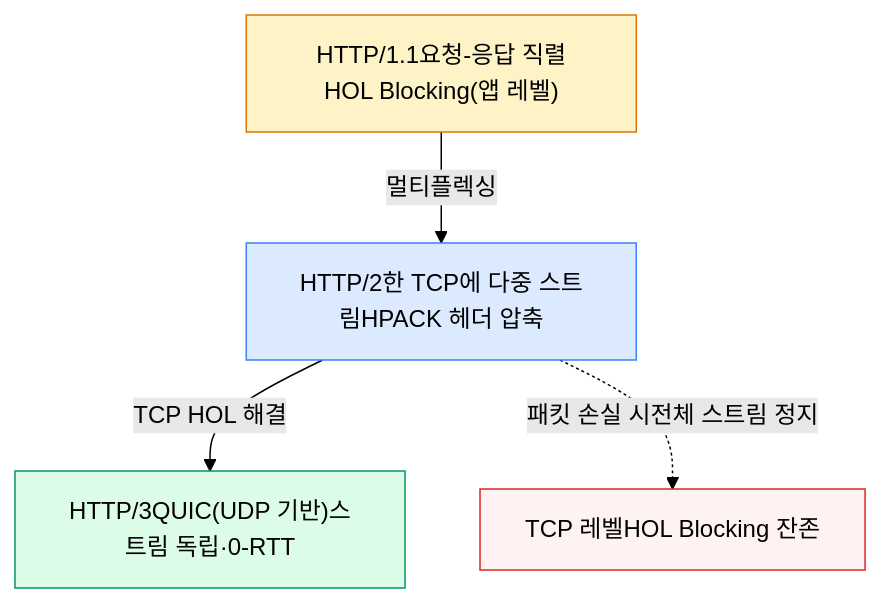
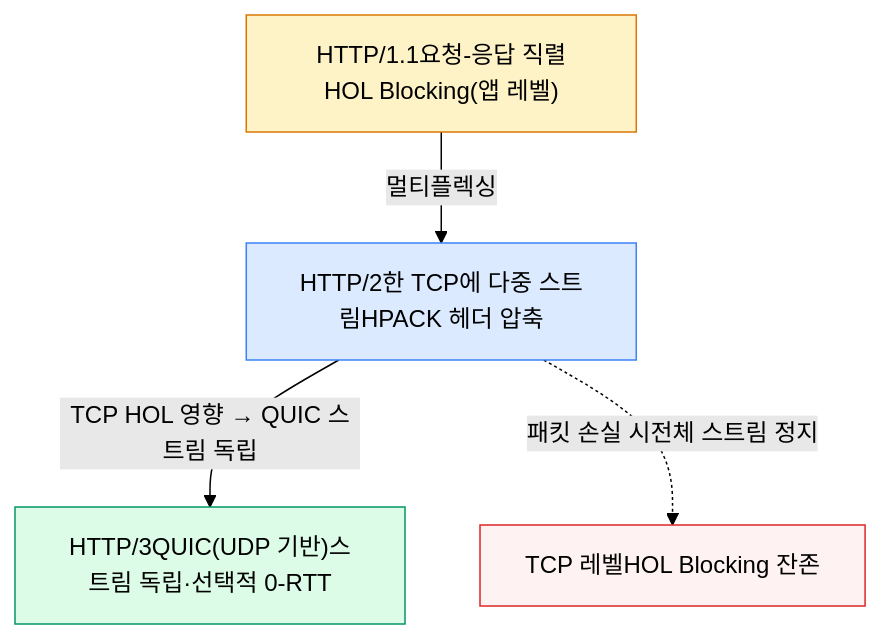
The second of 5 diagrams in apps/api/src/main/resources/content/cs-03-network.md (hyeongseoblim/systemdesign), drawn with Mermaid (forest theme) before and after one commit. The commit also changed other lines of this file and 96 other files, not shown here.

````diff
--- a/apps/api/src/main/resources/content/cs-03-network.md
+++ b/apps/api/src/main/resources/content/cs-03-network.md
@@ -88,11 +88,11 @@
 ```mermaid
 flowchart TB
     H1["HTTP/1.1요청-응답 직렬HOL Blocking(앱 레벨)"] -->|멀티플렉싱| H2["HTTP/2한 TCP에 다중 스트림HPACK 헤더 압축"]
-    H2 -->|"TCP HOL 해결"| H3["HTTP/3QUIC(UDP 기반)스트림 독립·0-RTT"]
+    H2 -->|"TCP HOL 영향 → QUIC 스트림 독립"| H3["HTTP/3QUIC(UDP 기반)스트림 독립·선택적 0-RTT"]
     H2 -.->|"패킷 손실 시전체 스트림 정지"| TCPHOL["TCP 레벨HOL Blocking 잔존"]
 
     style H1 fill:#fef3c7,stroke:#d97706
     style H2 fill:#dbeafe,stroke:#3b82f6
     style H3 fill:#dcfce7,stroke:#059669
     style TCPHOL fill:#fef2f2,stroke:#dc2626
 ```
````
